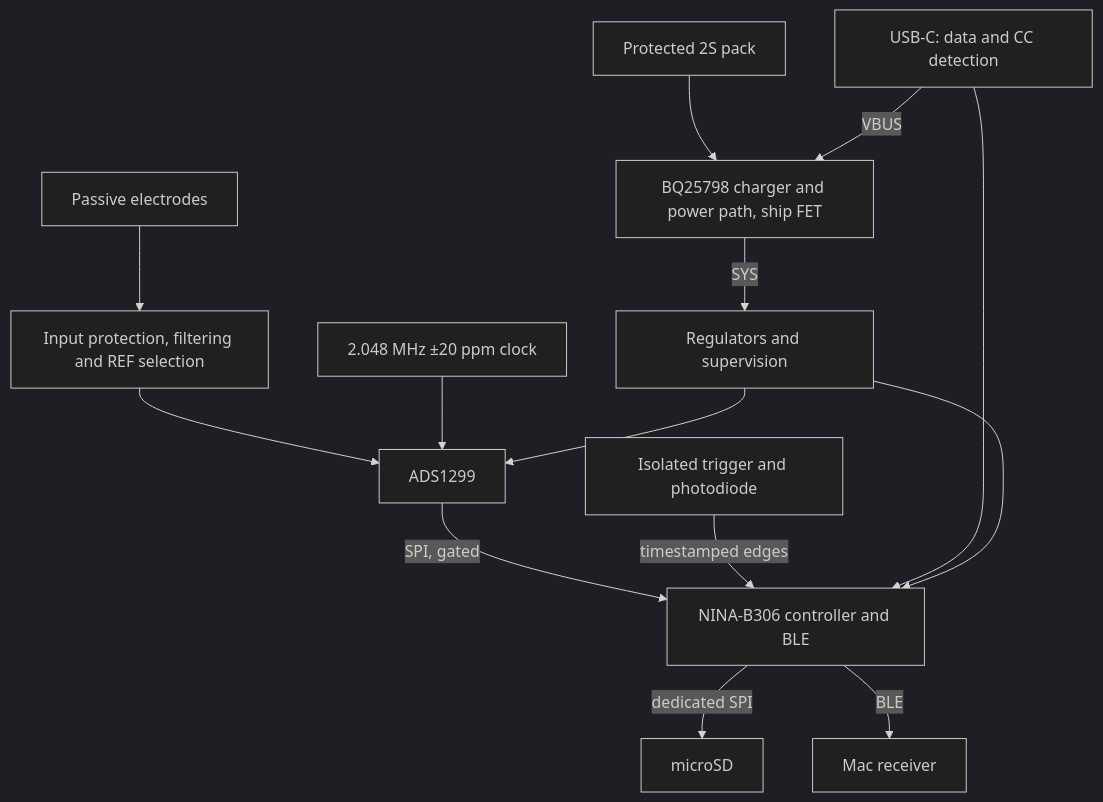
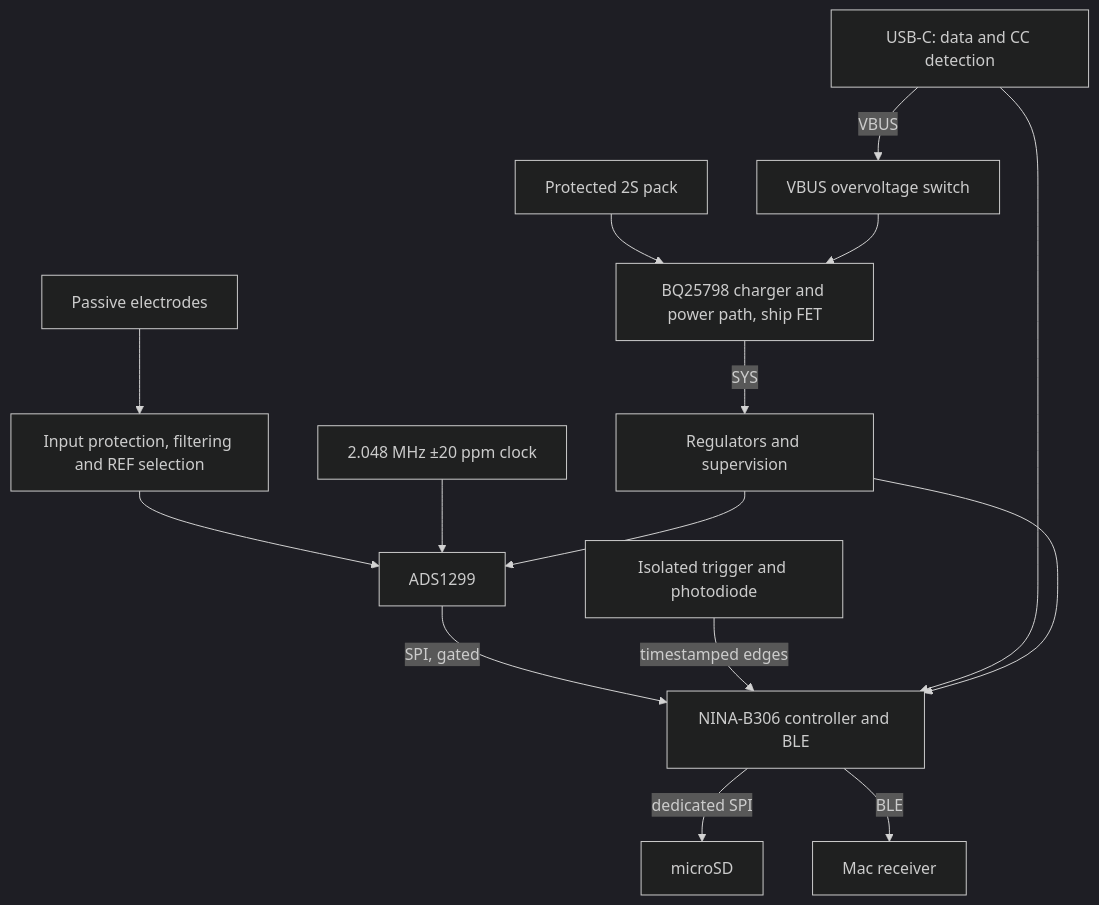
Before and after one commit to MariusFauteux/EEG-PCB: the diagram in docs/project.md, drawn with Mermaid (dark theme). The commit also changed other lines of this file and 73 other files, not shown here.

First line of the commit message:
Rev C11: VBUS overvoltage protection and board placement (Step 14)

````diff
--- a/docs/project.md
+++ b/docs/project.md
@@ -55,16 +55,17 @@
 ```mermaid
 flowchart TD
     E[Passive electrodes] --> I[Input protection, filtering and REF selection]
     I --> A[ADS1299]
     A -->|SPI, gated| M[NINA-B306 controller and BLE]
     M -->|dedicated SPI| S[microSD]
     M -->|BLE| C[Mac receiver]
     T[Isolated trigger and photodiode] -->|timestamped edges| M
     X[2.048 MHz ±20 ppm clock] --> A
     U[USB-C: data and CC detection] --> M
     B[Protected 2S pack] --> J[BQ25798 charger and power path, ship FET]
-    U -->|VBUS| J
+    U -->|VBUS| O[VBUS overvoltage switch]
+    O --> J
     J -->|SYS| P[Regulators and supervision]
     P --> A
     P --> M
 ```
````
